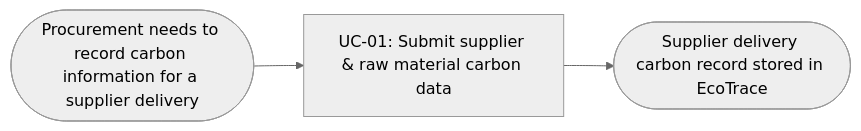
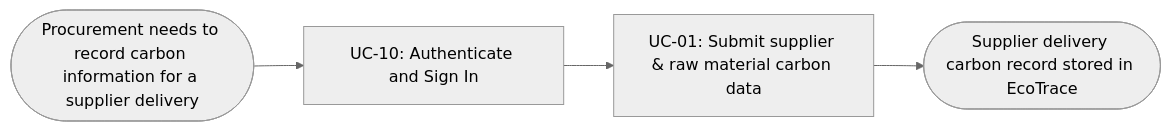
The first of 12 diagrams in docs/external-design/usage-flow.md (vankhanhnh-bag/HPDQ-CBAM-system), drawn with Mermaid (neutral theme) before and after one commit. The commit also changed other lines of this file, not shown here.

Commit message:
usage-flow.md

````diff
--- a/docs/external-design/usage-flow.md
+++ b/docs/external-design/usage-flow.md
@@ -32,7 +16,8 @@
 ```mermaid
 flowchart LR
   A(["Procurement needs to record carbon information for a supplier delivery"])
-  U1["UC-01: Submit supplier & raw material carbon data"]
+  U1["UC-10: Authenticate and Sign In"]
+  U2["UC-01: Submit supplier & raw material carbon data"]
   Z(["Supplier delivery carbon record stored in EcoTrace"])
-  A --> U1 --> Z
+  A --> U1 --> U2 --> Z
 ```
````
